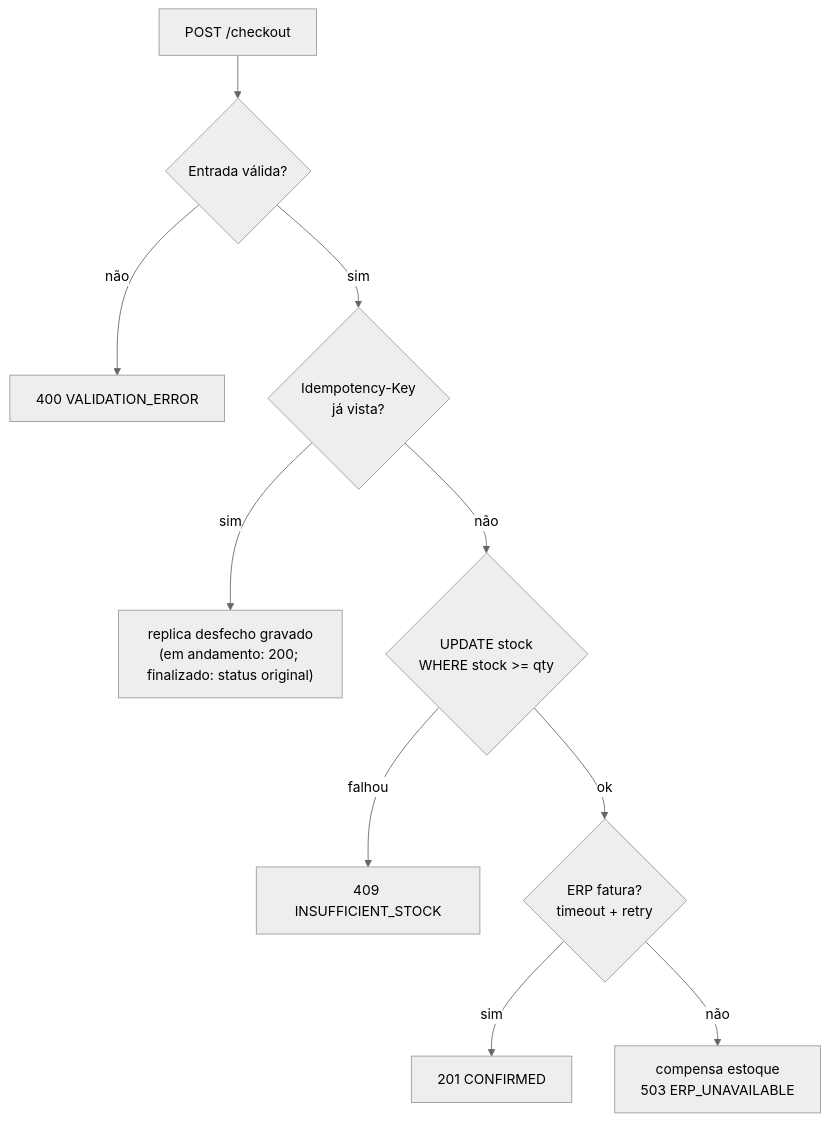
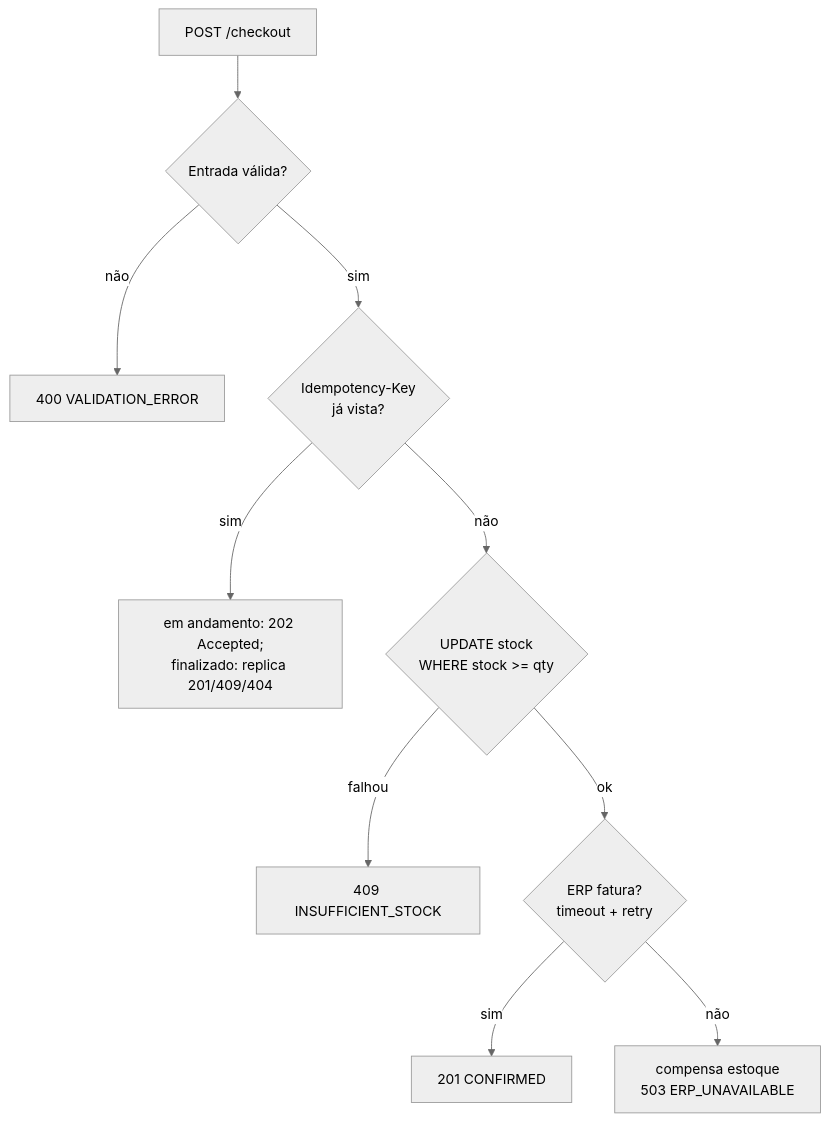
One commit to athosmartinez/CaseCellShop changed the second of 2 diagrams in README.md. Above: the diagram before and after it, drawn with Mermaid (neutral theme). The commit also changed other lines of this file, not shown here.

Commit message:
docs: atualizar fluxo de checkout (202 em andamento, replay 201/409/404) e liberação de key em falha transitória

````diff
--- a/README.md
+++ b/README.md
@@ -42,12 +42,12 @@
 ```mermaid
 flowchart TD
   A["POST /checkout"] --> V{"Entrada válida?"}
   V -- não --> E400["400 VALIDATION_ERROR"]
   V -- sim --> I{"Idempotency-Key<br/>já vista?"}
-  I -- sim --> DUP["replica desfecho gravado<br/>(em andamento: 200; finalizado: status original)"]
+  I -- sim --> DUP["em andamento: 202 Accepted;<br/>finalizado: replica 201/409/404"]
   I -- não --> R{"UPDATE stock<br/>WHERE stock >= qty"}
   R -- falhou --> E409["409 INSUFFICIENT_STOCK"]
   R -- ok --> ERP{"ERP fatura?<br/>timeout + retry"}
   ERP -- sim --> OK["201 CONFIRMED"]
   ERP -- não --> COMP["compensa estoque<br/>503 ERP_UNAVAILABLE"]
 ```
````
